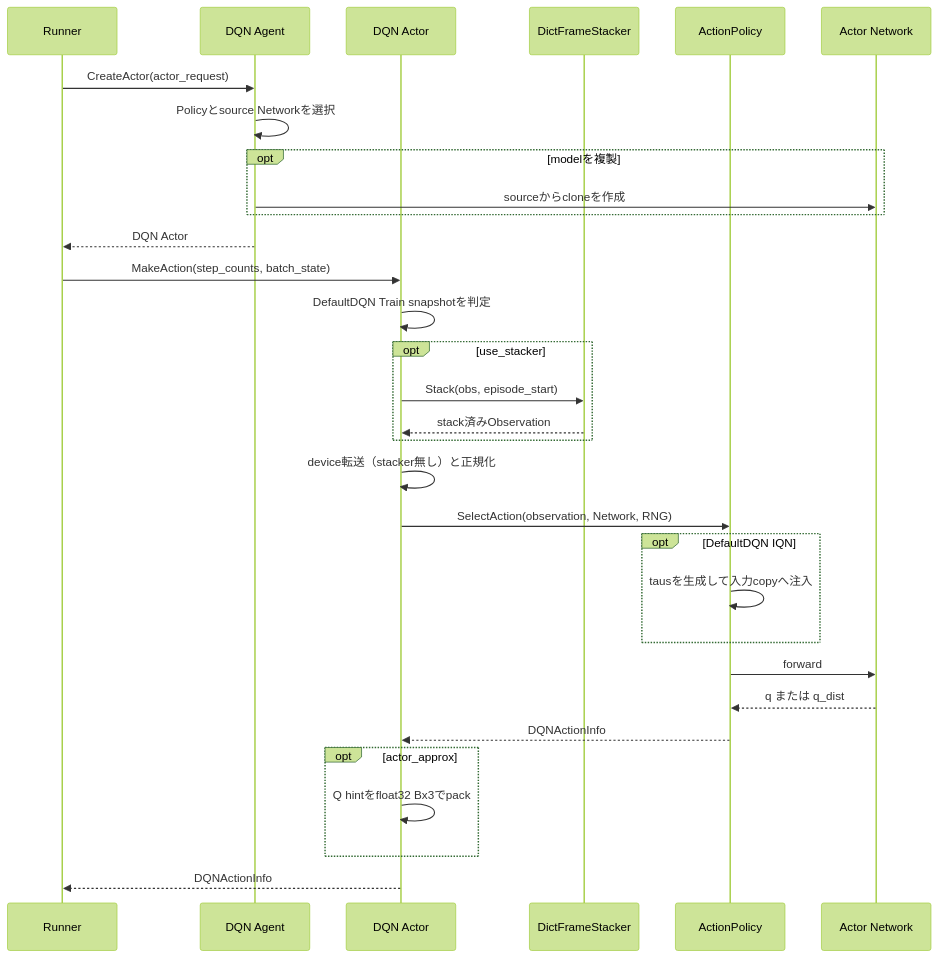
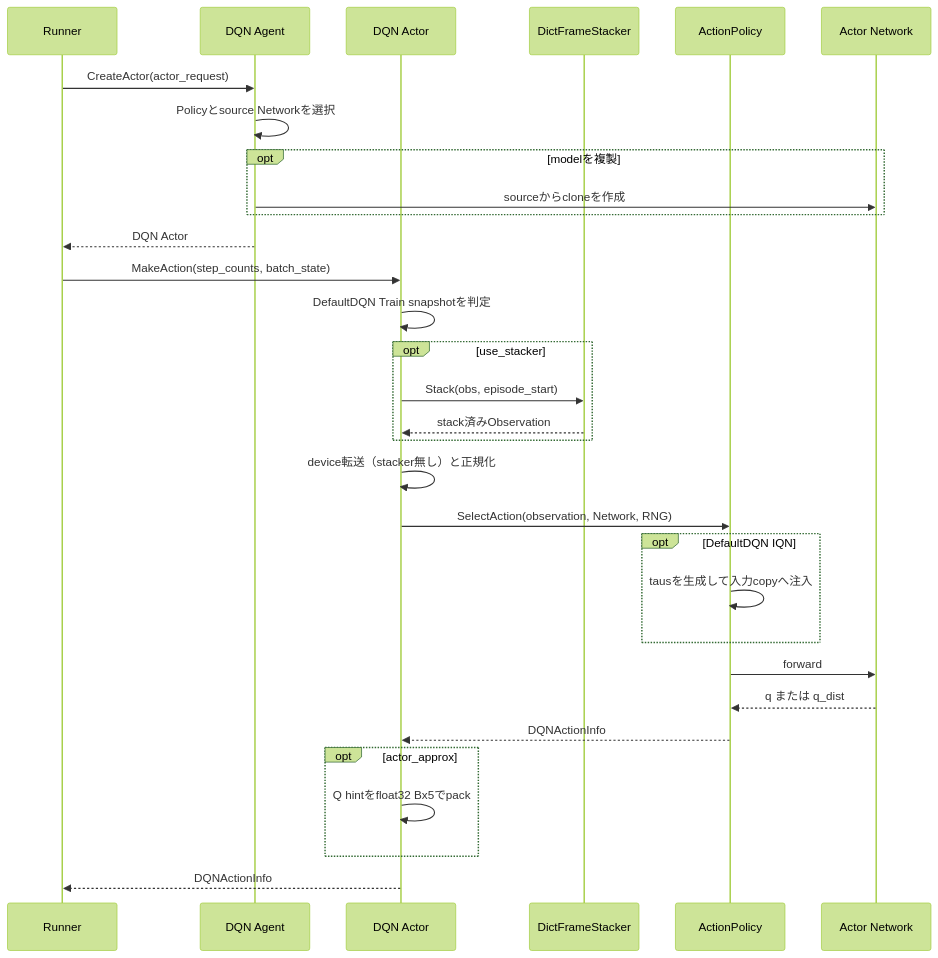
The ninth of 11 diagrams in docs/design/200_dqn_agents.en.md (kazukin123/anet-lab), drawn with Mermaid (forest theme) before and after one commit. The commit also changed other lines of this file and 59 other files, not shown here.

````diff
--- a/docs/design/200_dqn_agents.en.md
+++ b/docs/design/200_dqn_agents.en.md
@@ -376,34 +378,34 @@
 ```mermaid
 sequenceDiagram
     participant R as Runner
     participant G as DQN Agent
     participant A as DQN Actor
     participant S as DictFrameStacker
     participant P as ActionPolicy
     participant N as Actor Network
 
     R->>G: CreateActor(actor_request)
     G->>G: Policyとsource Networkを選択
     opt modelを複製
         G->>N: sourceからcloneを作成
     end
     G-->>R: DQN Actor
     R->>A: MakeAction(step_counts, batch_state)
     A->>A: DefaultDQN Train snapshotを判定
     opt use_stacker
         A->>S: Stack(obs, episode_start)
         S-->>A: stack済みObservation
     end
     A->>A: device転送（stacker無し）と正規化
     A->>P: SelectAction(observation, Network, RNG)
     opt DefaultDQN IQN
         P->>P: tausを生成して入力copyへ注入
     end
     P->>N: forward
     N-->>P: q または q_dist
     P-->>A: DQNActionInfo
     opt actor_approx
-        A->>A: Q hintをfloat32 Bx3でpack
+        A->>A: Q hintをfloat32 Bx5でpack
     end
     A-->>R: DQNActionInfo
 ```
````
